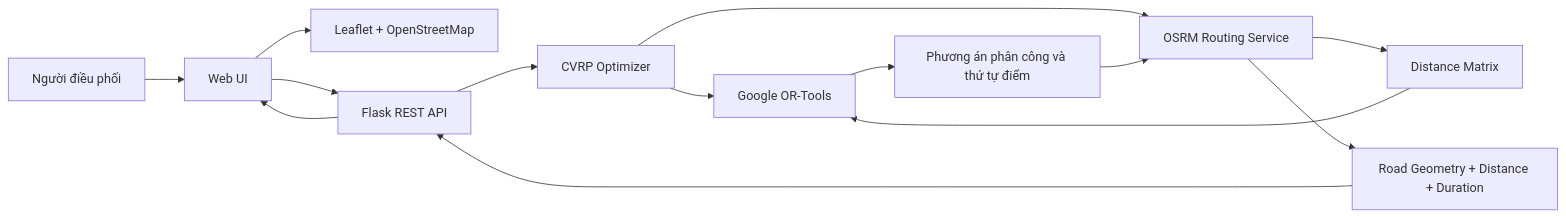
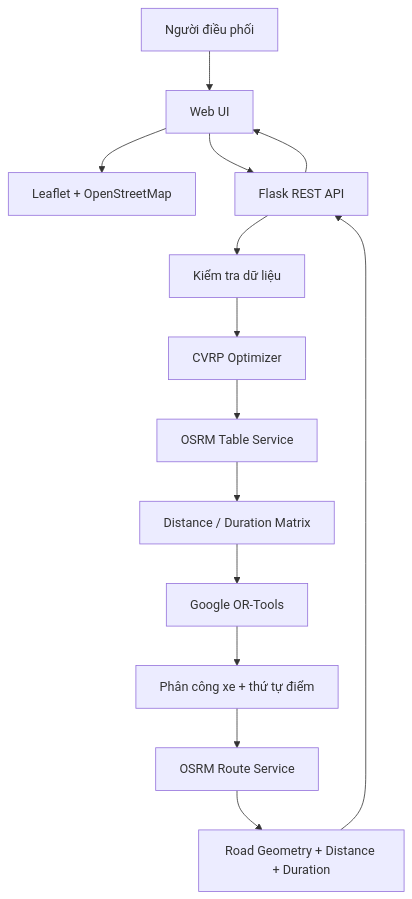
One commit to vanquyvct/vehicle-routing-optimization changed the diagram in README.md. Above: the diagram before and after it, drawn with Mermaid. The commit also changed other lines of this file and 4 other files, not shown here.

````diff
--- a/README.md
+++ b/README.md
@@ -37,20 +65,21 @@
 ```mermaid
-flowchart LR
+flowchart TD
     U[Người điều phối] --> UI[Web UI]
+
     UI --> MAP[Leaflet + OpenStreetMap]
     UI --> API[Flask REST API]
 
-    API --> OPT[CVRP Optimizer]
-    OPT --> ORT[Google OR-Tools]
-    OPT --> OSRM[OSRM Routing Service]
+    API --> VAL[Kiểm tra dữ liệu]
+    VAL --> OPT[CVRP Optimizer]
 
-    OSRM --> DM[Distance Matrix]
-    DM --> ORT
+    OPT --> TABLE[OSRM Table Service]
+    TABLE --> MATRIX[Distance / Duration Matrix]
+    MATRIX --> ORT[Google OR-Tools]
 
-    ORT --> ROUTE[Phương án phân công và thứ tự điểm]
-    ROUTE --> OSRM
-    OSRM --> GEO[Road Geometry + Distance + Duration]
+    ORT --> PLAN[Phân công xe + thứ tự điểm]
+    PLAN --> ROUTE[OSRM Route Service]
+    ROUTE --> GEO[Road Geometry + Distance + Duration]
 
     GEO --> API
     API --> UI
 ```
````
